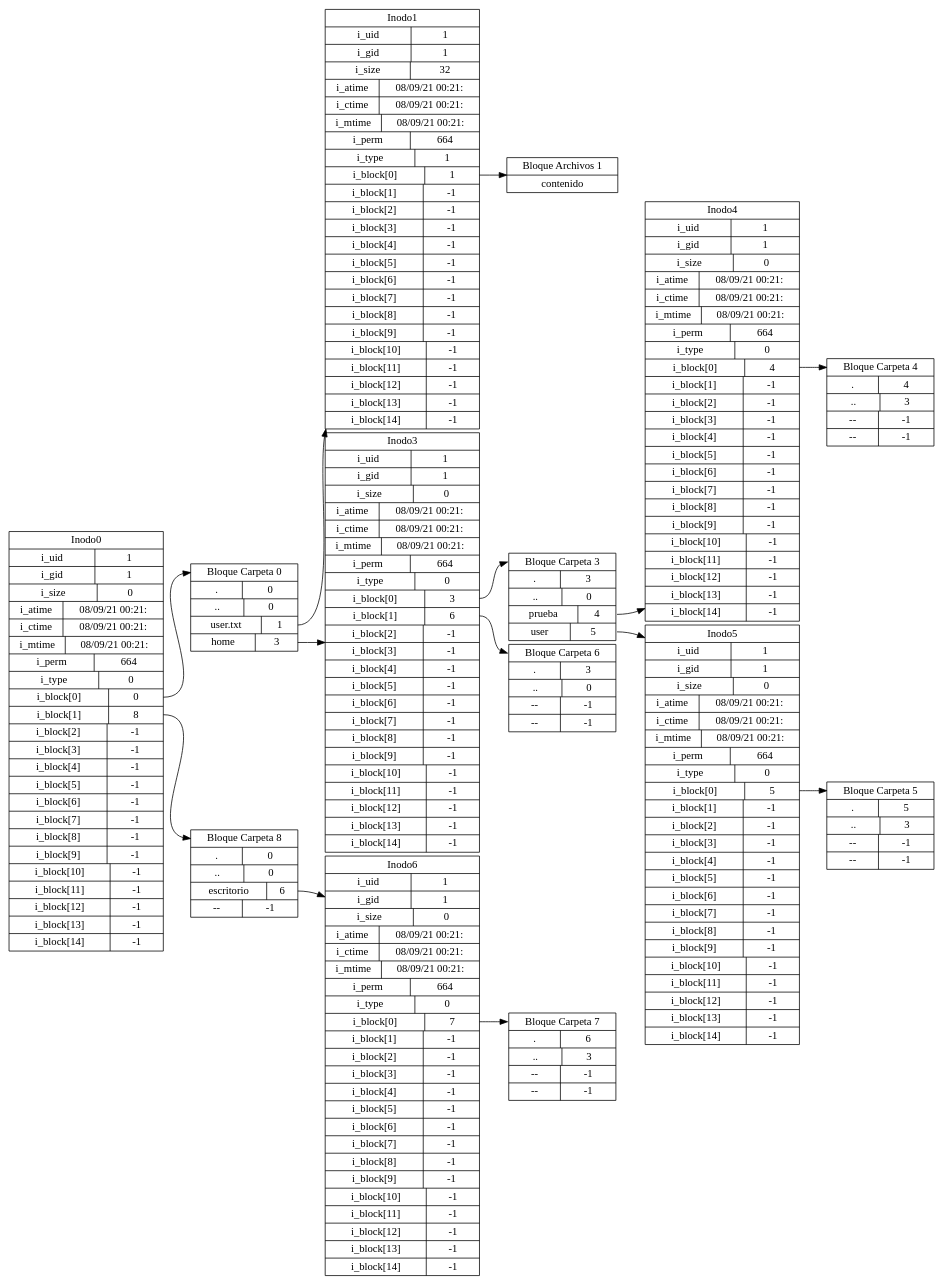
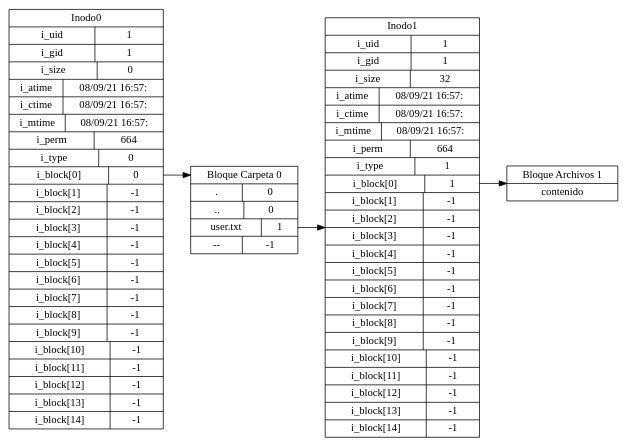
One commit to diemorales96/MIA_P1_201503958 changed the diagram in MIA_P1/cmake-build-debug/archivoDot1.dot. Above: the diagram before and after it, drawn with Graphviz. The commit also changed 50 other files, not shown here.

```diff
--- a/MIA_P1/cmake-build-debug/archivoDot1.dot
+++ b/MIA_P1/cmake-build-debug/archivoDot1.dot
@@ -1,39 +1,15 @@
 digraph MBR{
   nodesep=.05
 rankdir=LR
 node [shape=record,width=.1,height=.1]
-inode0[label="Inodo0|{i_uid|1}|{i_gid|1}|{i_size|0}|{i_atime|08/09/21 00:21:}|{i_ctime|08/09/21 00:21:}|{i_mtime|08/09/21 00:21:}|{i_perm|664}|{i_type|0}|{i_block[0]|<i0>0}|{i_block[1]|<i1>8}|{i_block[2]|-1}|{i_block[3]|-1}|{i_block[4]|-1}|{i_block[5]|-1}|{i_block[6]|-1}|{i_block[7]|-1}|{i_block[8]|-1}|{i_block[9]|-1}|{i_block[10]|-1}|{i_block[11]|-1}|{i_block[12]|-1}|{i_block[13]|-1}|{i_block[14]|-1}"]
+inode0[label="Inodo0|{i_uid|1}|{i_gid|1}|{i_size|0}|{i_atime|08/09/21 16:57:}|{i_ctime|08/09/21 16:57:}|{i_mtime|08/09/21 16:57:}|{i_perm|664}|{i_type|0}|{i_block[0]|<i0>0}|{i_block[1]|-1}|{i_block[2]|-1}|{i_block[3]|-1}|{i_block[4]|-1}|{i_block[5]|-1}|{i_block[6]|-1}|{i_block[7]|-1}|{i_block[8]|-1}|{i_block[9]|-1}|{i_block[10]|-1}|{i_block[11]|-1}|{i_block[12]|-1}|{i_block[13]|-1}|{i_block[14]|-1}"]
 
-node0[label="<b0> Bloque Carpeta 0|{.|<bc00>0}|{..|<bc01>0}|{user.txt|<bc02>1}|{home|<bc03>3}"]
+node0[label="<b0> Bloque Carpeta 0|{.|<bc00>0}|{..|<bc01>0}|{user.txt|<bc02>1}|{--|<bc03>-1}"]
 inode0:i0->node0:b0
-inode1[label="Inodo1|{i_uid|1}|{i_gid|1}|{i_size|32}|{i_atime|08/09/21 00:21:}|{i_ctime|08/09/21 00:21:}|{i_mtime|08/09/21 00:21:}|{i_perm|664}|{i_type|1}|{i_block[0]|<i0>1}|{i_block[1]|-1}|{i_block[2]|-1}|{i_block[3]|-1}|{i_block[4]|-1}|{i_block[5]|-1}|{i_block[6]|-1}|{i_block[7]|-1}|{i_block[8]|-1}|{i_block[9]|-1}|{i_block[10]|-1}|{i_block[11]|-1}|{i_block[12]|-1}|{i_block[13]|-1}|{i_block[14]|-1}"]
+inode1[label="Inodo1|{i_uid|1}|{i_gid|1}|{i_size|32}|{i_atime|08/09/21 16:57:}|{i_ctime|08/09/21 16:57:}|{i_mtime|08/09/21 16:57:}|{i_perm|664}|{i_type|1}|{i_block[0]|<i0>1}|{i_block[1]|-1}|{i_block[2]|-1}|{i_block[3]|-1}|{i_block[4]|-1}|{i_block[5]|-1}|{i_block[6]|-1}|{i_block[7]|-1}|{i_block[8]|-1}|{i_block[9]|-1}|{i_block[10]|-1}|{i_block[11]|-1}|{i_block[12]|-1}|{i_block[13]|-1}|{i_block[14]|-1}"]
 
 node0:bc02->inode1
 node1[label="<b1> Bloque Archivos 1|contenido"]
 inode1:i0->node1
-inode3[label="Inodo3|{i_uid|1}|{i_gid|1}|{i_size|0}|{i_atime|08/09/21 00:21:}|{i_ctime|08/09/21 00:21:}|{i_mtime|08/09/21 00:21:}|{i_perm|664}|{i_type|0}|{i_block[0]|<i0>3}|{i_block[1]|<i1>6}|{i_block[2]|-1}|{i_block[3]|-1}|{i_block[4]|-1}|{i_block[5]|-1}|{i_block[6]|-1}|{i_block[7]|-1}|{i_block[8]|-1}|{i_block[9]|-1}|{i_block[10]|-1}|{i_block[11]|-1}|{i_block[12]|-1}|{i_block[13]|-1}|{i_block[14]|-1}"]
-
-node0:bc03->inode3
-node3[label="<b3> Bloque Carpeta 3|{.|<bc30>3}|{..|<bc31>0}|{prueba|<bc32>4}|{user|<bc33>5}"]
-inode3:i0->node3:b3
-inode4[label="Inodo4|{i_uid|1}|{i_gid|1}|{i_size|0}|{i_atime|08/09/21 00:21:}|{i_ctime|08/09/21 00:21:}|{i_mtime|08/09/21 00:21:}|{i_perm|664}|{i_type|0}|{i_block[0]|<i0>4}|{i_block[1]|-1}|{i_block[2]|-1}|{i_block[3]|-1}|{i_block[4]|-1}|{i_block[5]|-1}|{i_block[6]|-1}|{i_block[7]|-1}|{i_block[8]|-1}|{i_block[9]|-1}|{i_block[10]|-1}|{i_block[11]|-1}|{i_block[12]|-1}|{i_block[13]|-1}|{i_block[14]|-1}"]
-
-node3:bc32->inode4
-node4[label="<b4> Bloque Carpeta 4|{.|<bc40>4}|{..|<bc41>3}|{--|<bc42>-1}|{--|<bc43>-1}"]
-inode4:i0->node4:b4
-inode5[label="Inodo5|{i_uid|1}|{i_gid|1}|{i_size|0}|{i_atime|08/09/21 00:21:}|{i_ctime|08/09/21 00:21:}|{i_mtime|08/09/21 00:21:}|{i_perm|664}|{i_type|0}|{i_block[0]|<i0>5}|{i_block[1]|-1}|{i_block[2]|-1}|{i_block[3]|-1}|{i_block[4]|-1}|{i_block[5]|-1}|{i_block[6]|-1}|{i_block[7]|-1}|{i_block[8]|-1}|{i_block[9]|-1}|{i_block[10]|-1}|{i_block[11]|-1}|{i_block[12]|-1}|{i_block[13]|-1}|{i_block[14]|-1}"]
-
-node3:bc33->inode5
-node5[label="<b5> Bloque Carpeta 5|{.|<bc50>5}|{..|<bc51>3}|{--|<bc52>-1}|{--|<bc53>-1}"]
-inode5:i0->node5:b5
-node6[label="<b6> Bloque Carpeta 6|{.|<bc60>3}|{..|<bc61>0}|{--|<bc62>-1}|{--|<bc63>-1}"]
-inode3:i1->node6:b6
-node8[label="<b8> Bloque Carpeta 8|{.|<bc80>0}|{..|<bc81>0}|{escritorio|<bc82>6}|{--|<bc83>-1}"]
-inode0:i1->node8:b8
-inode6[label="Inodo6|{i_uid|1}|{i_gid|1}|{i_size|0}|{i_atime|08/09/21 00:21:}|{i_ctime|08/09/21 00:21:}|{i_mtime|08/09/21 00:21:}|{i_perm|664}|{i_type|0}|{i_block[0]|<i0>7}|{i_block[1]|-1}|{i_block[2]|-1}|{i_block[3]|-1}|{i_block[4]|-1}|{i_block[5]|-1}|{i_block[6]|-1}|{i_block[7]|-1}|{i_block[8]|-1}|{i_block[9]|-1}|{i_block[10]|-1}|{i_block[11]|-1}|{i_block[12]|-1}|{i_block[13]|-1}|{i_block[14]|-1}"]
-
-node8:bc82->inode6
-node7[label="<b7> Bloque Carpeta 7|{.|<bc70>6}|{..|<bc71>3}|{--|<bc72>-1}|{--|<bc73>-1}"]
-inode6:i0->node7:b7
 
 }
```
